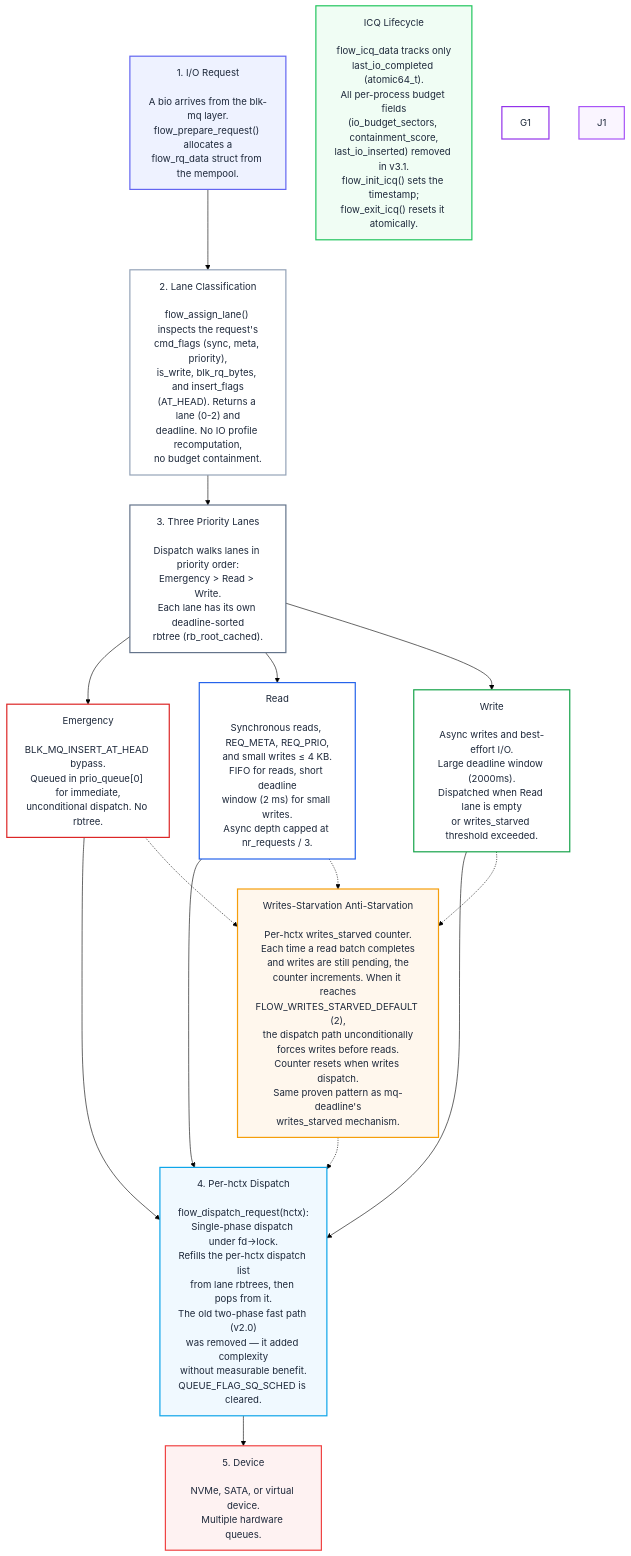
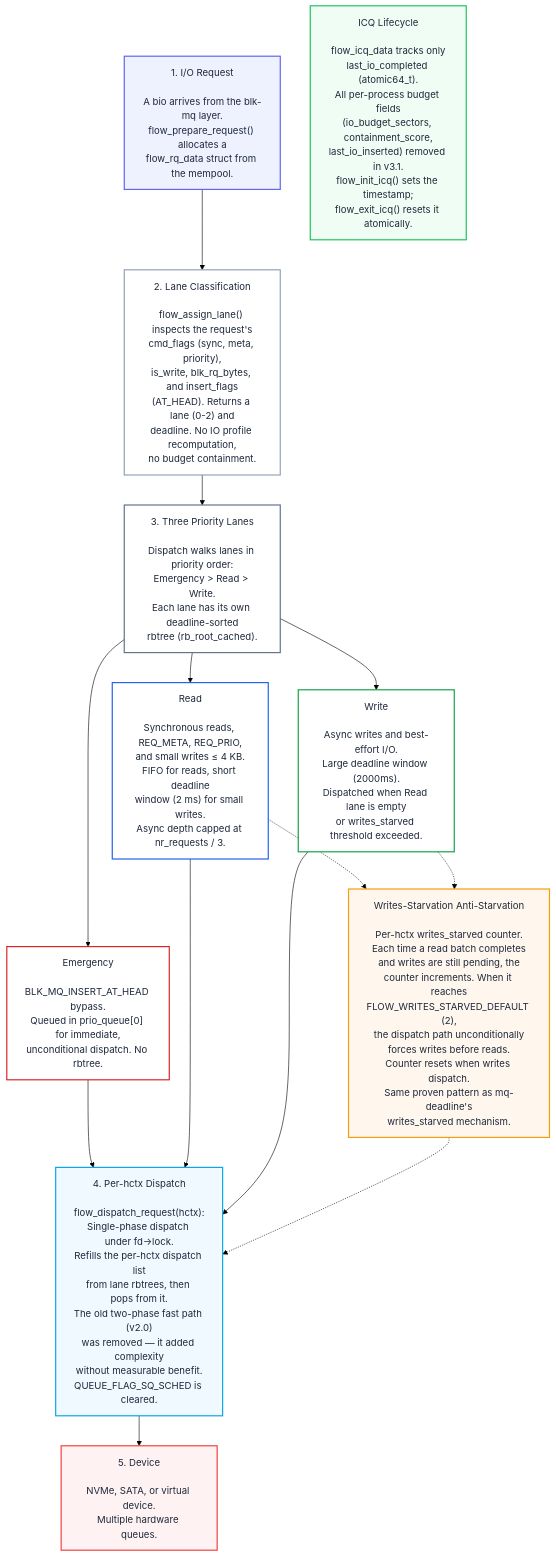
Before and after one commit to galpt/flow-iosched: the diagram in README.md, drawn with Mermaid (forest theme).

Commit message:
README: fix mermaid diagram arrows and stale style references
Remove incorrect C1 -.-> K1 arrow (Emergency lane bypasses
writes_starved entirely).  Remove stale G1 and J1 style
definitions (old Contained and Budget/Containment nodes
that no longer exist in v3.1).

````diff
--- a/README.md
+++ b/README.md
@@ -122,7 +122,6 @@
     F1 --> H1
     H1 --> I1
 
-    C1 -.-> K1
     D1 -.-> K1
     F1 -.-> K1
     K1 -.-> H1
@@ -133,10 +132,8 @@
     style C1 fill:#fff,stroke:#dc2626,stroke-width:2,color:#1e293b
     style D1 fill:#fff,stroke:#2563eb,stroke-width:2,color:#1e293b
     style F1 fill:#fff,stroke:#16a34a,stroke-width:2,color:#1e293b
-    style G1 fill:#fff,stroke:#9333ea,stroke-width:2,color:#1e293b
     style H1 fill:#f0f9ff,stroke:#0ea5e9,stroke-width:2,color:#1e293b
     style I1 fill:#fef2f2,stroke:#ef4444,stroke-width:2,color:#1e293b
-    style J1 fill:#faf5ff,stroke:#a855f7,stroke-width:2,color:#1e293b
     style K1 fill:#fff7ed,stroke:#f59e0b,stroke-width:2,color:#1e293b
     style L1 fill:#f0fdf4,stroke:#22c55e,stroke-width:2,color:#1e293b
 ```
````
